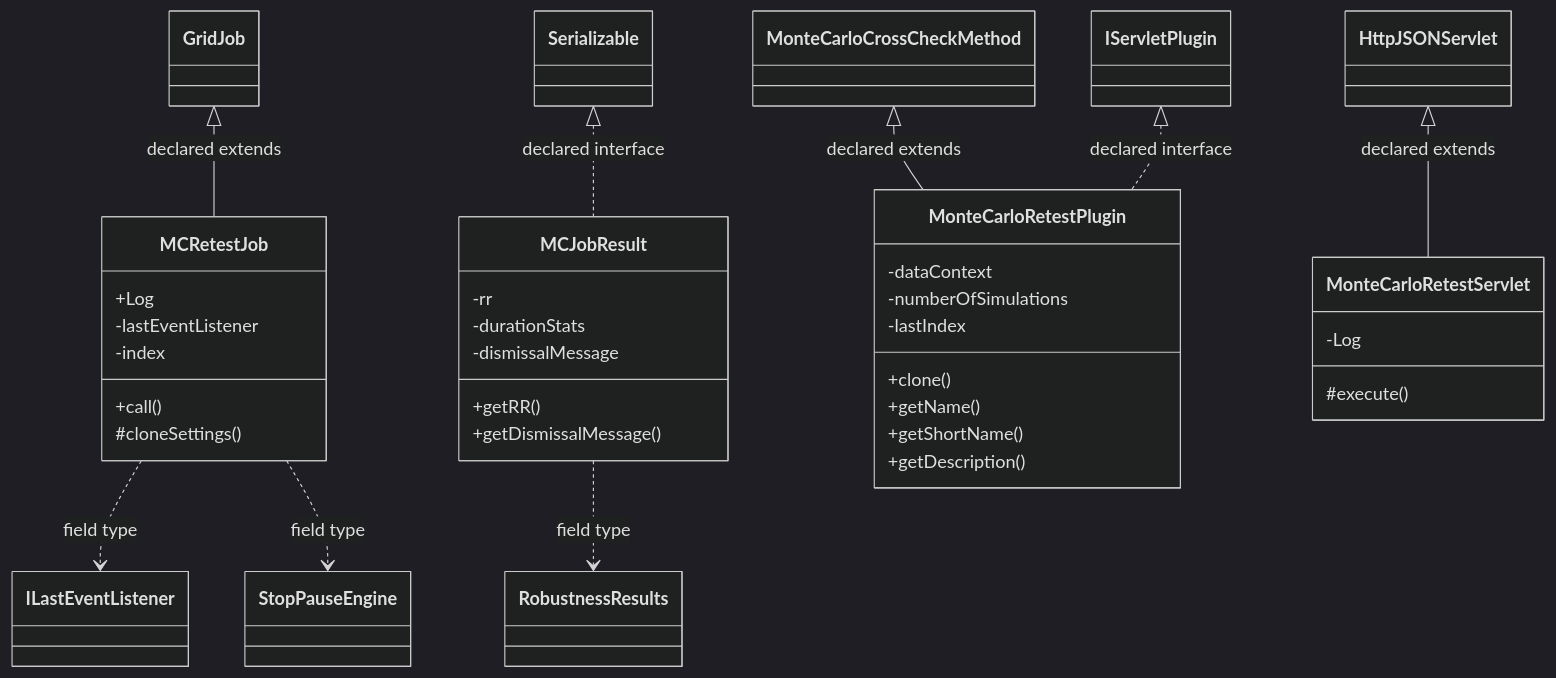
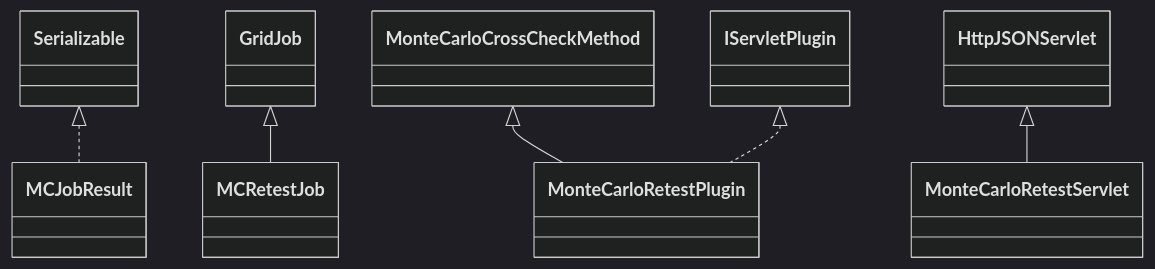
The diagram in docs/sqx/Shared/CrossCheckMonteCarloRetest.md (haruperi/HaruQuantAI), drawn with Mermaid (dark theme) before and after one commit. The commit also changed other lines of this file and 1688 other files, not shown here.

````diff
--- a/docs/sqx/Shared/CrossCheckMonteCarloRetest.md
+++ b/docs/sqx/Shared/CrossCheckMonteCarloRetest.md
@@ -30,46 +26,17 @@
 ```mermaid
 classDiagram
-    class C629c45c54b0d["MCJobResult"] {
-        -rr
-        -durationStats
-        -dismissalMessage
-        +getRR()
-        +getDismissalMessage()
-    }
-    class Cfa1035c84945["MCRetestJob"] {
-        +Log
-        -lastEventListener
-        -index
-        +call()
-        #cloneSettings()
-    }
-    class Cdd9bf802ca9b["MonteCarloRetestPlugin"] {
-        -dataContext
-        -numberOfSimulations
-        -lastIndex
-        +clone()
-        +getName()
-        +getShortName()
-        +getDescription()
-    }
-    class C6b84fba37b5b["MonteCarloRetestServlet"] {
-        -Log
-        #execute()
-    }
-    class C729a56512564["GridJob"]
-    class C5b0583b7f4e7["MonteCarloCrossCheckMethod"]
-    class C1295ffcc9568["ILastEventListener"]
-    class C61deb3a40141["StopPauseEngine"]
-    class C7c3caf98e4ef["RobustnessResults"]
-    class C249b5c671b1a["IServletPlugin"]
-    class C8900f90ae594["HttpJSONServlet"]
-    class C210d9b760f82["Serializable"]
-    C210d9b760f82 <|.. C629c45c54b0d : declared interface
-    C629c45c54b0d ..> C7c3caf98e4ef : field type
-    C729a56512564 <|-- Cfa1035c84945 : declared extends
-    Cfa1035c84945 ..> C1295ffcc9568 : field type
-    Cfa1035c84945 ..> C61deb3a40141 : field type
-    C5b0583b7f4e7 <|-- Cdd9bf802ca9b : declared extends
-    C249b5c671b1a <|.. Cdd9bf802ca9b : declared interface
-    C8900f90ae594 <|-- C6b84fba37b5b : declared extends
+    class C0["MCJobResult"]
+    class C1["MCRetestJob"]
+    class C2["MonteCarloRetestPlugin"]
+    class C3["MonteCarloRetestServlet"]
+    class E0["Serializable"]
+    E0 <|.. C0
+    class E1["GridJob"]
+    E1 <|-- C1
+    class E2["MonteCarloCrossCheckMethod"]
+    E2 <|-- C2
+    class E3["IServletPlugin"]
+    E3 <|.. C2
+    class E4["HttpJSONServlet"]
+    E4 <|-- C3
 ```
````
